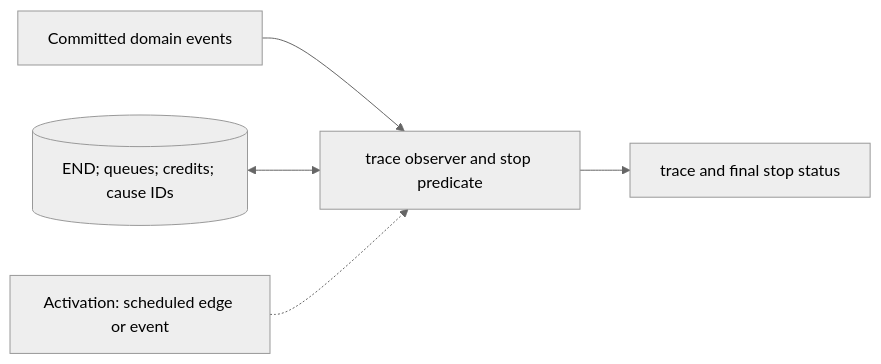
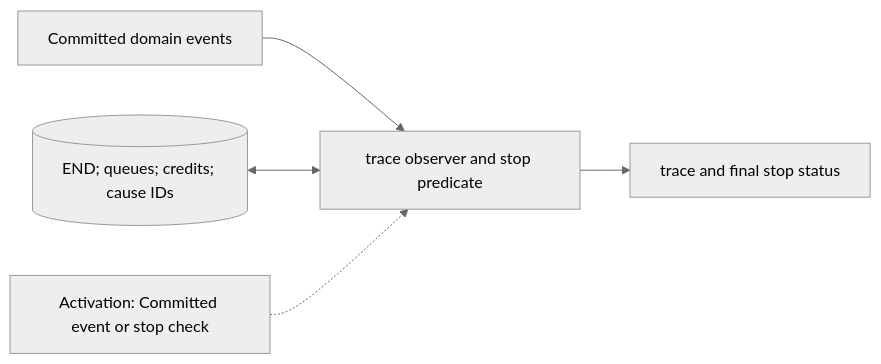
Before and after one commit to qsbit-org/qsbit-sim: the diagram in docs/modules/trace-recorder-and-stop-controller.md, drawn with Mermaid (neutral theme). The commit also changed other lines of this file and 24 other files, not shown here.

````diff
--- a/docs/modules/trace-recorder-and-stop-controller.md
+++ b/docs/modules/trace-recorder-and-stop-controller.md
@@ -17,7 +17,7 @@
 ```mermaid
 flowchart LR
     U["Committed domain events"] --> P["trace observer and stop predicate"]
     S[("END; queues; credits; cause IDs")] <--> P
     P --> D["trace and final stop status"]
-    K["Activation: scheduled edge or event"] -.-> P
+    K["Activation: Committed event or stop check"] -.-> P
 ```
````
